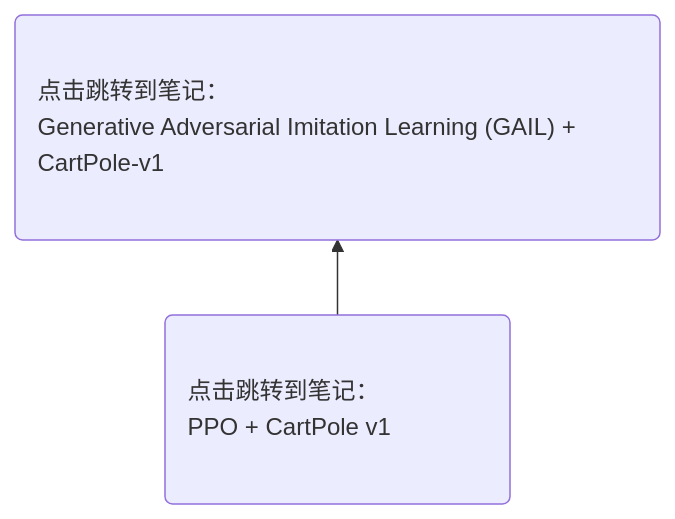
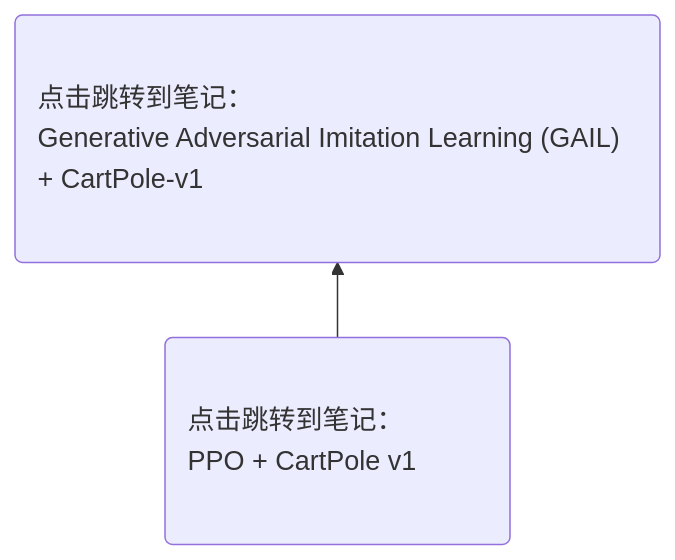
One commit to Gaoshu-root/Code-related-courses changed the diagram in 笔记封存/test.md. Above: the diagram before and after it, drawn with Mermaid.

````diff
--- a/笔记封存/test.md
+++ b/笔记封存/test.md
@@ -2,11 +2,12 @@
 ```mermaid
+%%{init: {'themeVariables': {'fontSize': '18px'}}}%%
 graph BT
     classDef wide2 padding:400px;
     classDef wide1 padding:200px;
     P1("<div style='text-align:left'>点击跳转到笔记：<br>PPO + CartPole v1</div>") --> P2("<div style='text-align:left'>点击跳转到笔记：<br>Generative Adversarial Imitation Learning (GAIL) + CartPole-v1</div>")
     class P1 wide1
     class P2 wide2
     click P1 "https://github.com/Gaoshu-root/Code-related-courses/blob/main/RL2024/PPO_%2B_CartPole_v1_.ipynb" _blank
     click P2 "https://github.com/Gaoshu-root/Code-related-courses/blob/main/RL2024/Generative%20Adversarial%20Imitation%20Learning(GAIL)/Generative%20Adversarial%20Imitation%20Learning%20(GAIL)%20%2B%20CartPole-v1%20.ipynb" _blank
 
 ```
````
